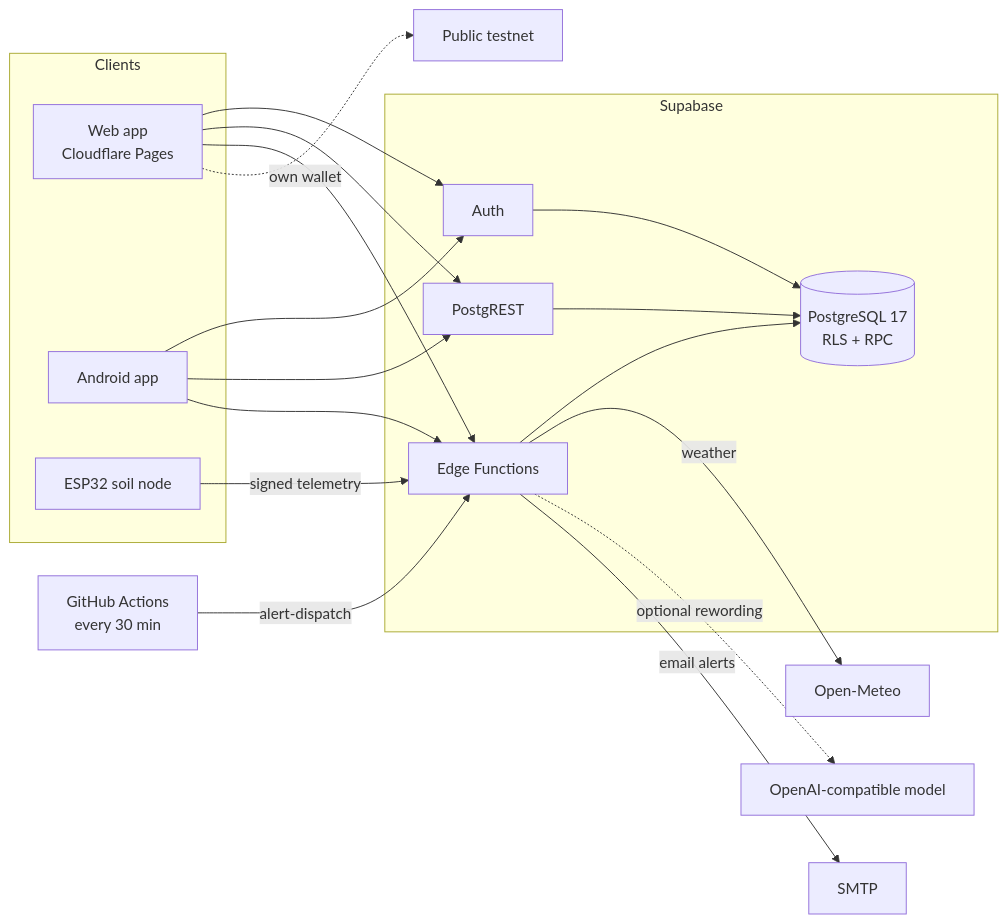
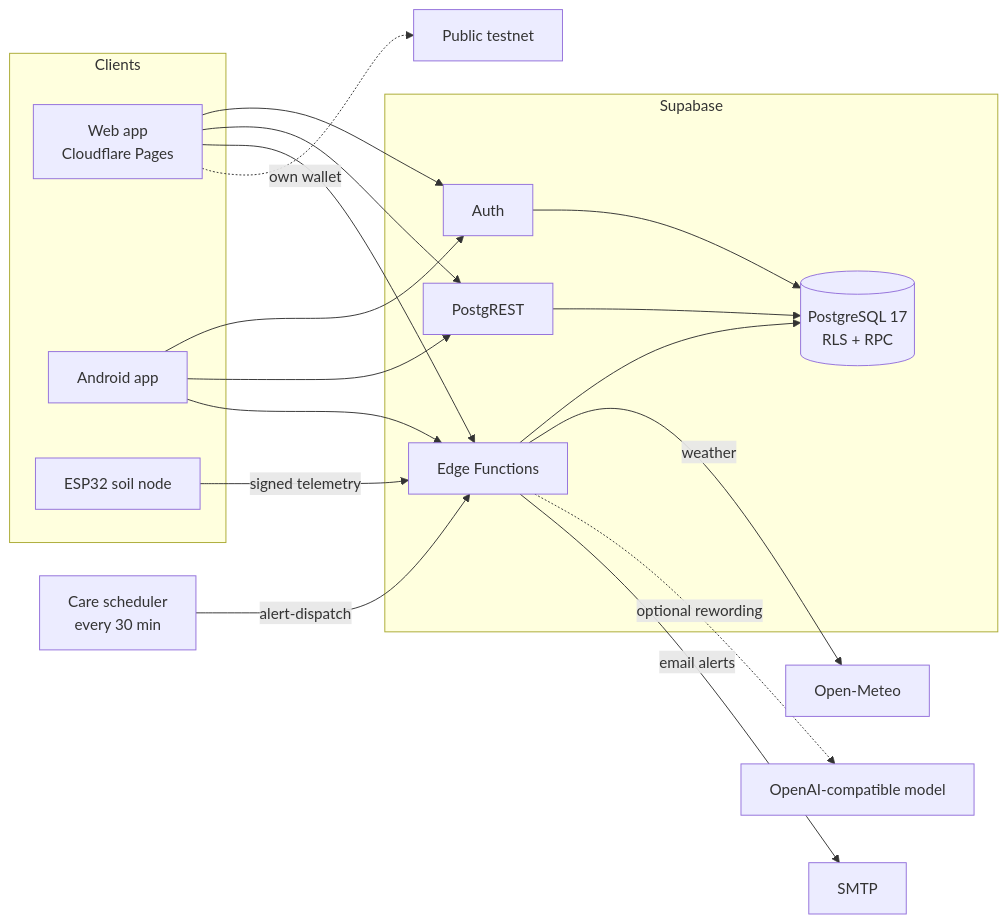
The diagram in README.md (Maliq-dlt/Smart-Argo), drawn with Mermaid before and after one commit. The commit also changed other lines of this file and 26 other files, not shown here.

````diff
--- a/README.md
+++ b/README.md
@@ -78,25 +78,25 @@
 ```mermaid
 flowchart LR
     subgraph Clients
         Web[Web app<br/>Cloudflare Pages]
         App[Android app]
         Node[ESP32 soil node]
     end
     subgraph Supabase
         Auth[Auth]
         REST[PostgREST]
         Fn[Edge Functions]
         DB[(PostgreSQL 17<br/>RLS + RPC)]
     end
     Web --> Auth & REST & Fn
     App --> Auth & REST & Fn
     Node -->|signed telemetry| Fn
     Auth --> DB
     REST --> DB
     Fn --> DB
     Fn -->|weather| Meteo[Open-Meteo]
     Fn -.->|optional rewording| AI[OpenAI-compatible model]
-    Cron[GitHub Actions<br/>every 30 min] -->|alert-dispatch| Fn
+    Cron[Care scheduler<br/>every 30 min] -->|alert-dispatch| Fn
     Fn -->|email alerts| SMTP[SMTP]
     Web -.->|own wallet| Chain[Public testnet]
 ```
````
